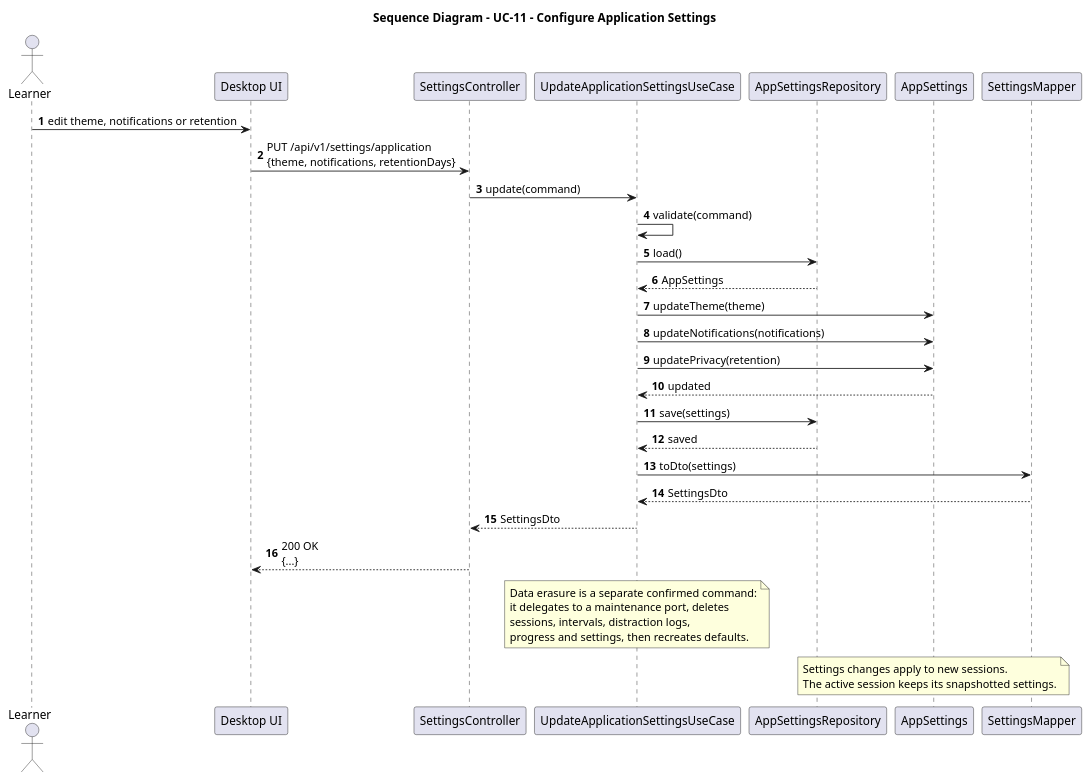
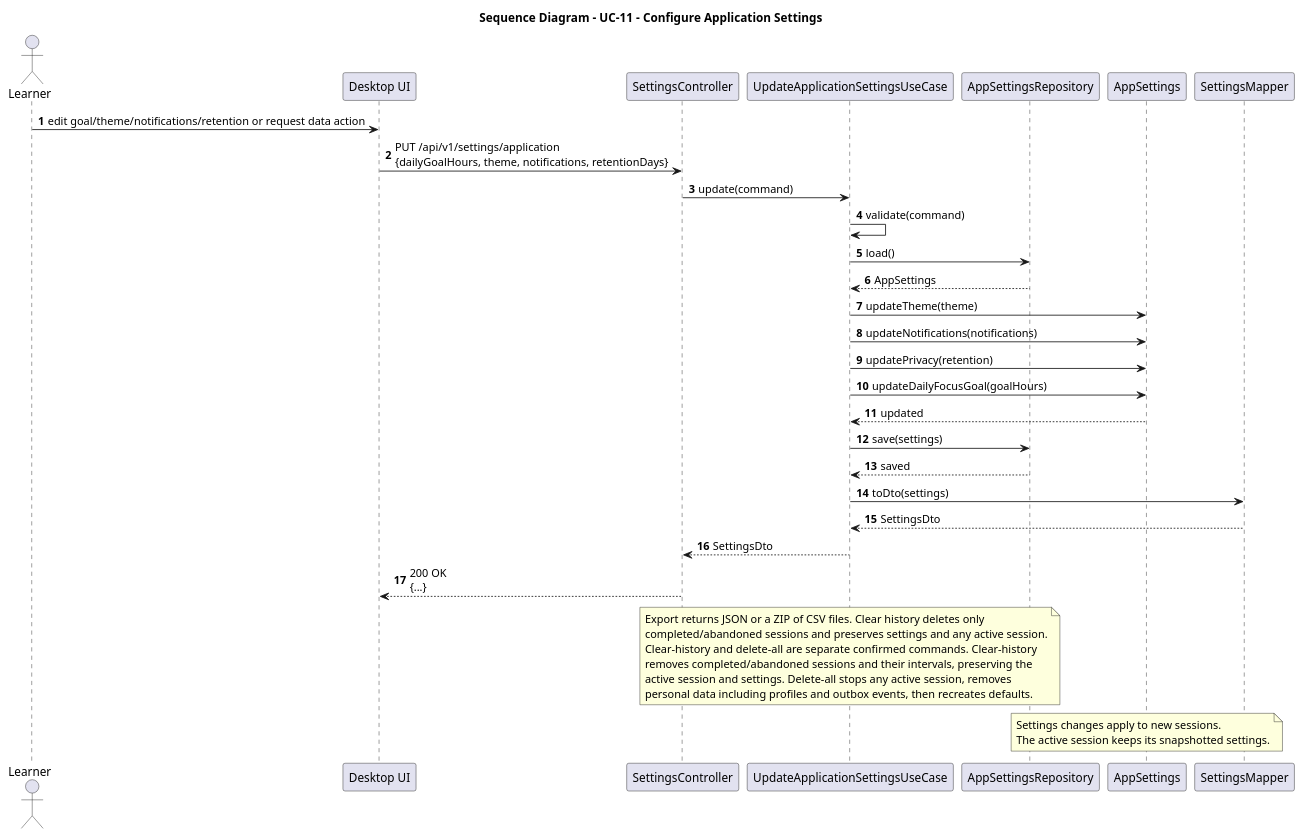
The diagram in docs/SD/SD_ConfigureApplicationSettings.puml (MiguelRibeiro1210/Focus-and-Study-Tracking), drawn with PlantUML before and after one commit. The commit also changed 21 other files, not shown here.

```diff
--- a/docs/SD/SD_ConfigureApplicationSettings.puml
+++ b/docs/SD/SD_ConfigureApplicationSettings.puml
@@ -1,43 +1,46 @@
 @startuml
 title Sequence Diagram - UC-11 - Configure Application Settings
 
 autonumber
 actor Learner
 participant "Desktop UI" as UI
 participant "SettingsController" as Controller
 participant "UpdateApplicationSettingsUseCase" as UseCase
 participant "AppSettingsRepository" as Repo
 participant "AppSettings" as Settings
 participant "SettingsMapper" as Mapper
 
-Learner -> UI : edit theme, notifications or retention
-UI -> Controller : PUT /api/v1/settings/application\n{theme, notifications, retentionDays}
+Learner -> UI : edit goal/theme/notifications/retention or request data action
+UI -> Controller : PUT /api/v1/settings/application\n{dailyGoalHours, theme, notifications, retentionDays}
 Controller -> UseCase : update(command)
 UseCase -> UseCase : validate(command)
 
 UseCase -> Repo : load()
 Repo --> UseCase : AppSettings
 UseCase -> Settings : updateTheme(theme)
 UseCase -> Settings : updateNotifications(notifications)
 UseCase -> Settings : updatePrivacy(retention)
+UseCase -> Settings : updateDailyFocusGoal(goalHours)
 Settings --> UseCase : updated
 UseCase -> Repo : save(settings)
 Repo --> UseCase : saved
 UseCase -> Mapper : toDto(settings)
 Mapper --> UseCase : SettingsDto
 UseCase --> Controller : SettingsDto
 Controller --> UI : 200 OK\n{...}
 
 note over UseCase
-  Data erasure is a separate confirmed command:
-  it delegates to a maintenance port, deletes
-  sessions, intervals, distraction logs,
-  progress and settings, then recreates defaults.
+  Export returns JSON or a ZIP of CSV files. Clear history deletes only
+  completed/abandoned sessions and preserves settings and any active session.
+  Clear-history and delete-all are separate confirmed commands. Clear-history
+  removes completed/abandoned sessions and their intervals, preserving the
+  active session and settings. Delete-all stops any active session, removes
+  personal data including profiles and outbox events, then recreates defaults.
 end note
 
 note over Settings
   Settings changes apply to new sessions.
   The active session keeps its snapshotted settings.
 end note
 
 @enduml
```
